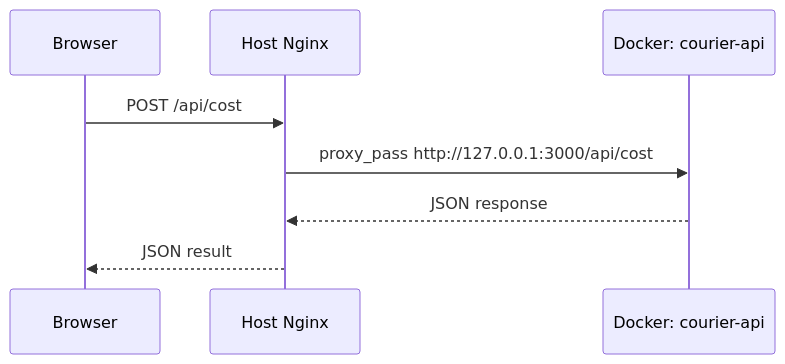
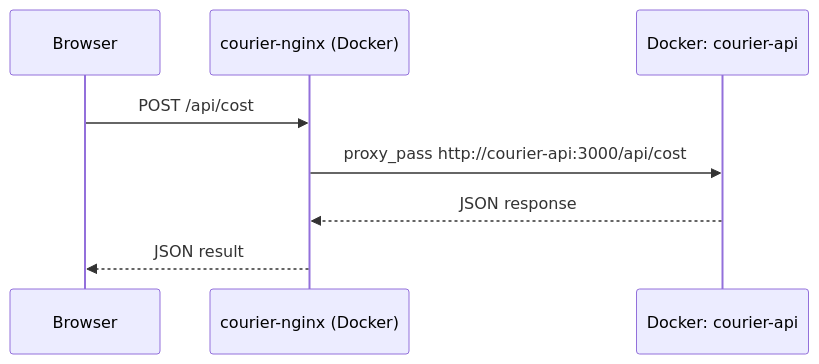
One commit to nurulizyansyaza/courier-service changed the sixth of 6 diagrams in ARCHITECTURE.md. Above: the diagram before and after it, drawn with Mermaid. The commit also changed other lines of this file and 5 other files, not shown here.

````diff
--- a/ARCHITECTURE.md
+++ b/ARCHITECTURE.md
@@ -164,11 +165,11 @@
 ```mermaid
 sequenceDiagram
     participant B as Browser
-    participant N as Host Nginx
+    participant N as courier-nginx (Docker)
     participant API as Docker: courier-api
 
     B->>N: POST /api/cost
-    N->>API: proxy_pass http://127.0.0.1:3000/api/cost
+    N->>API: proxy_pass http://courier-api:3000/api/cost
     API-->>N: JSON response
     N-->>B: JSON result
 ```
````
